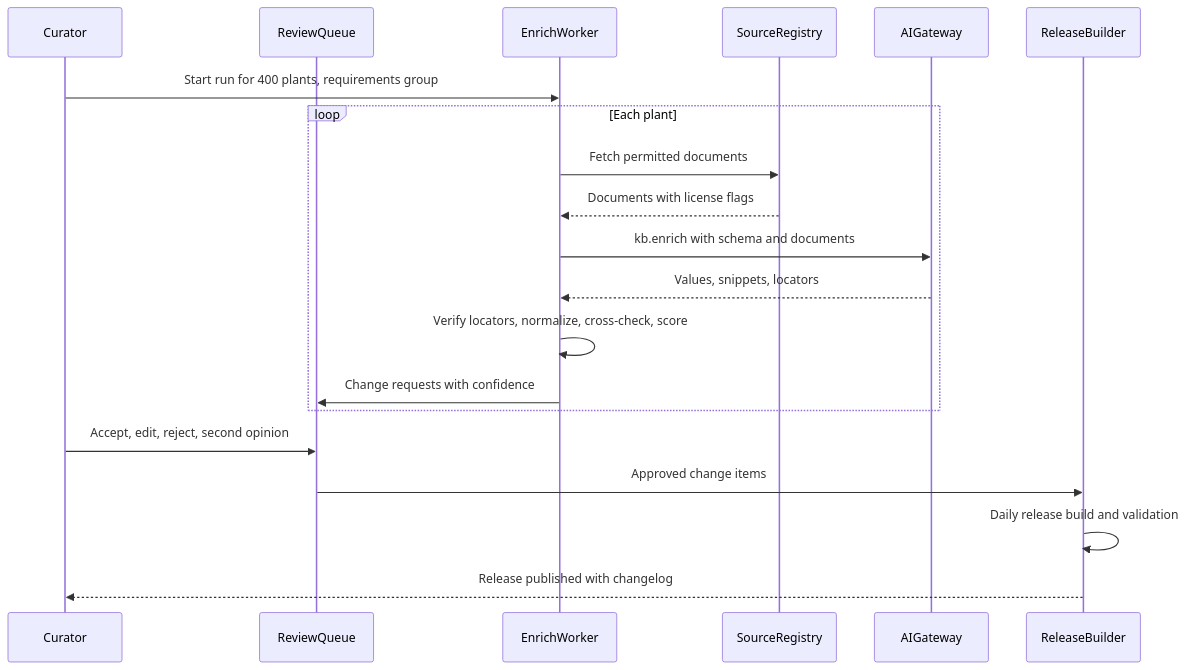
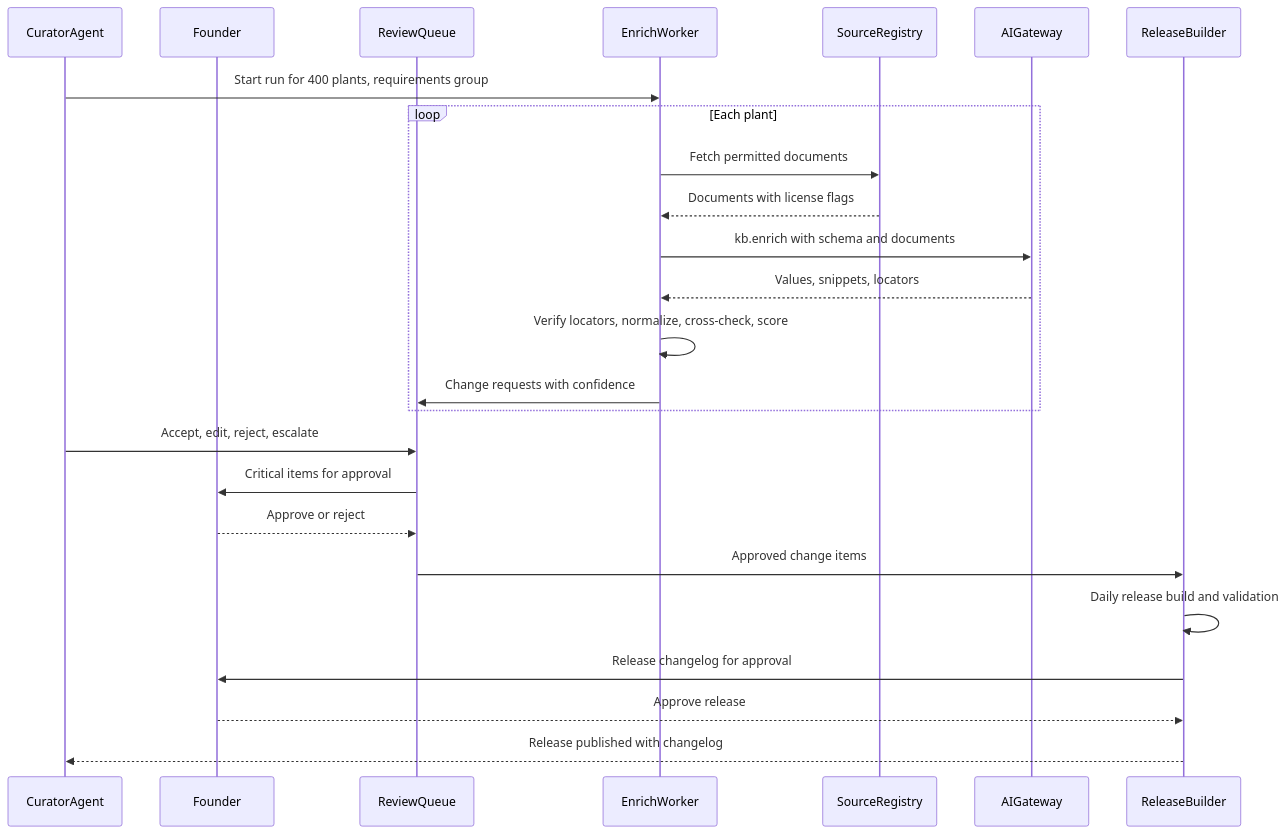
One commit to jdinard/landscape changed the fifth of 16 diagrams in docs/12-plant-knowledge-base.md. Above: the diagram before and after it, drawn with Mermaid. The commit also changed other lines of this file and 11 other files, not shown here.

````diff
--- a/docs/12-plant-knowledge-base.md
+++ b/docs/12-plant-knowledge-base.md
@@ -1140,22 +1140,27 @@
 ```mermaid
 sequenceDiagram
-    participant Cur as Curator
+    participant Cur as CuratorAgent
+    participant F as Founder
     participant Q as ReviewQueue
     participant W as EnrichWorker
     participant Src as SourceRegistry
     participant GW as AIGateway
     participant Rel as ReleaseBuilder
     Cur->>W: Start run for 400 plants, requirements group
     loop Each plant
         W->>Src: Fetch permitted documents
         Src-->>W: Documents with license flags
         W->>GW: kb.enrich with schema and documents
         GW-->>W: Values, snippets, locators
         W->>W: Verify locators, normalize, cross-check, score
         W->>Q: Change requests with confidence
     end
-    Cur->>Q: Accept, edit, reject, second opinion
+    Cur->>Q: Accept, edit, reject, escalate
+    Q->>F: Critical items for approval
+    F-->>Q: Approve or reject
     Q->>Rel: Approved change items
     Rel->>Rel: Daily release build and validation
+    Rel->>F: Release changelog for approval
+    F-->>Rel: Approve release
     Rel-->>Cur: Release published with changelog
 ```
````
